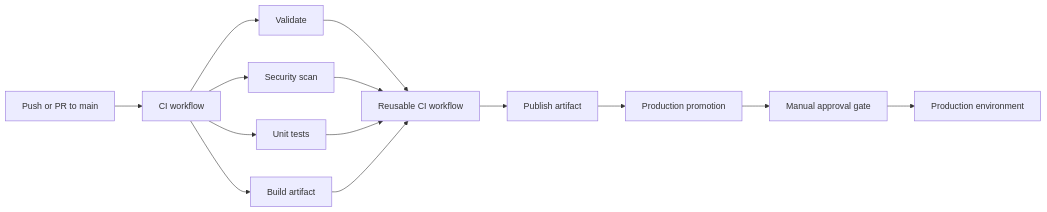
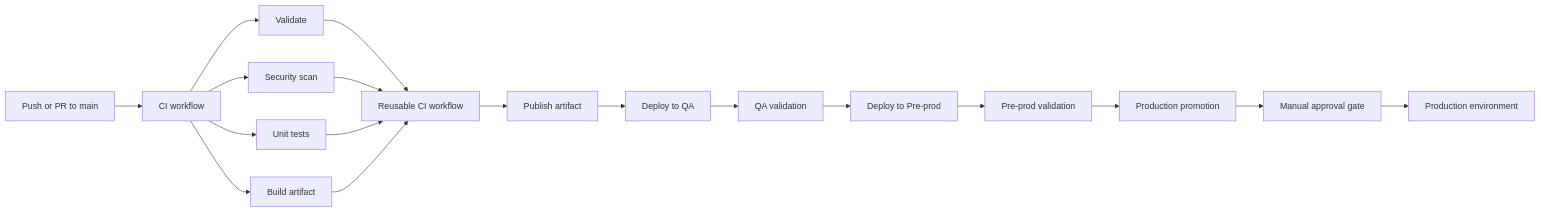
The diagram in README.md (NikhilRaj-DevOps/github-actions-showcase), drawn with Mermaid before and after one commit.

Commit message:
Add QA and pre-prod stages to README flow

````diff
--- a/README.md
+++ b/README.md
@@ -41,16 +41,20 @@
 ```mermaid
 flowchart LR
     A[Push or PR to main] --> B[CI workflow]
     B --> C[Validate]
     B --> D[Security scan]
     B --> E[Unit tests]
     B --> F[Build artifact]
     C --> G[Reusable CI workflow]
     D --> G
     E --> G
     F --> G
     G --> H[Publish artifact]
-    H --> I[Production promotion]
-    I --> J[Manual approval gate]
-    J --> K[Production environment]
+    H --> I[Deploy to QA]
+    I --> J[QA validation]
+    J --> K[Deploy to Pre-prod]
+    K --> L[Pre-prod validation]
+    L --> M[Production promotion]
+    M --> N[Manual approval gate]
+    N --> O[Production environment]
 ```
````
